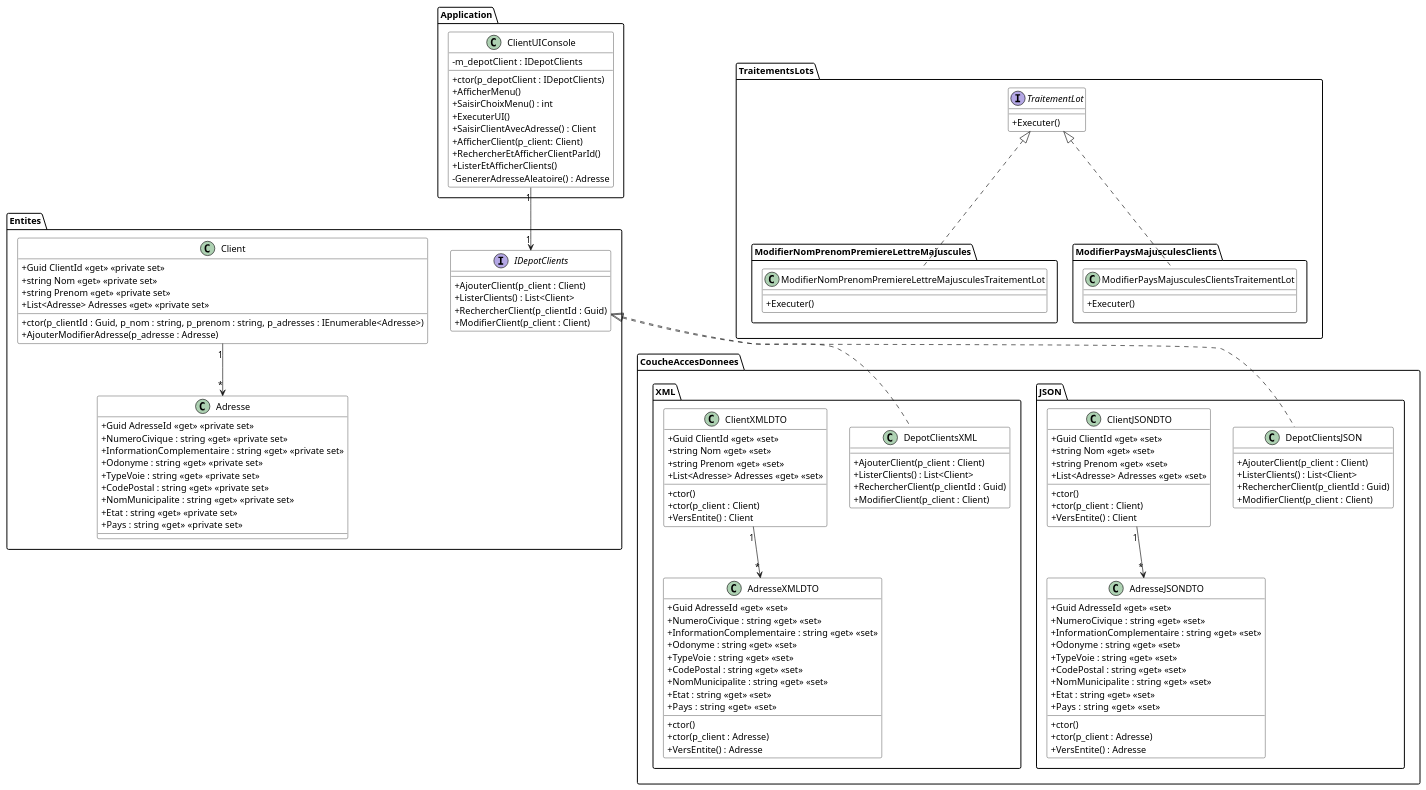
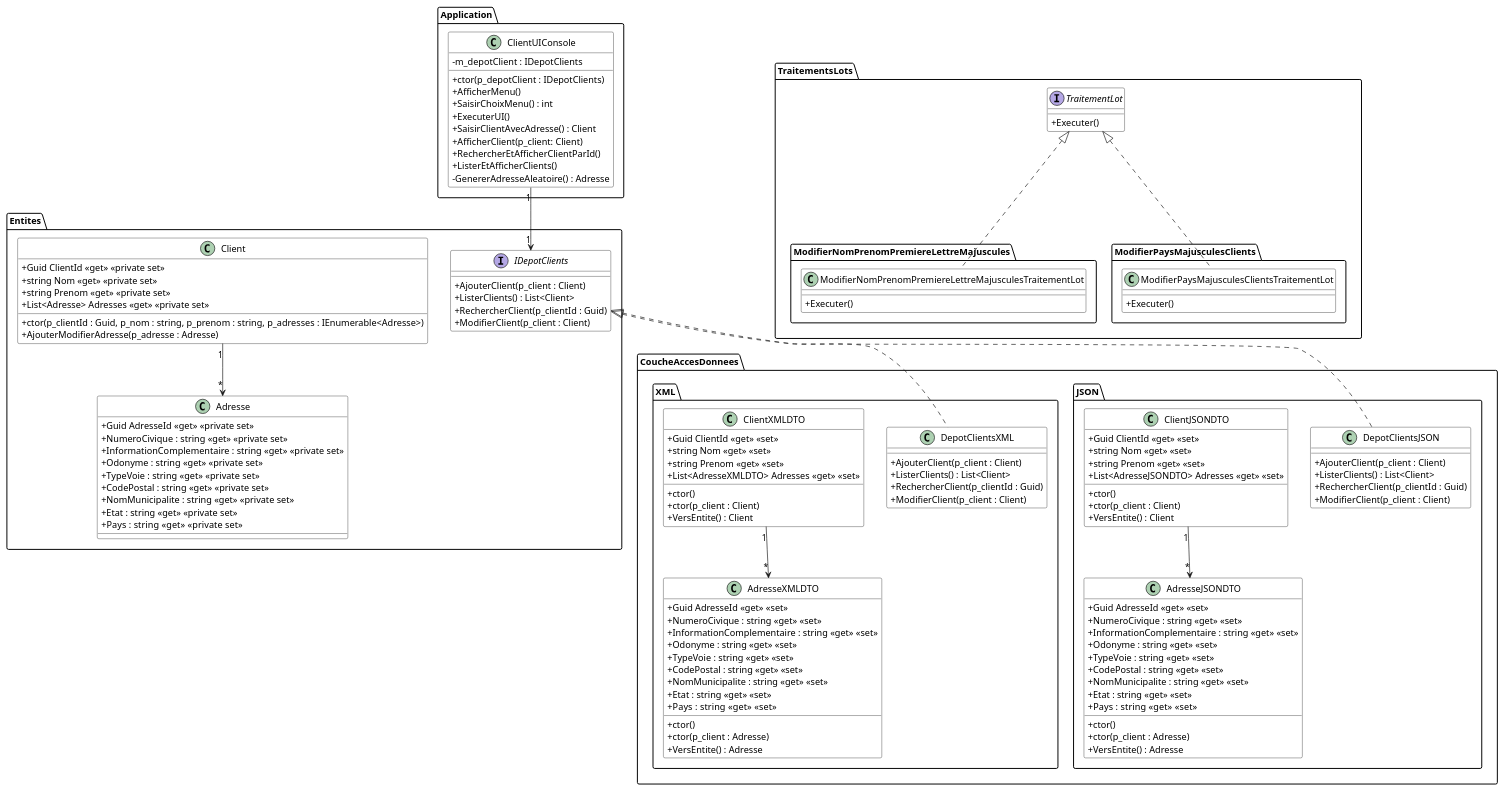
The diagram in Module06_Formats_Echanges/diag/src/DiagExerciceClients.wsd (PiFou86/420-W30-SF), drawn with PlantUML before and after one commit. The commit also changed 1 other file, not shown here.

Commit message:
Correction type adresse dans les DTOs

```diff
--- a/Module06_Formats_Echanges/diag/src/DiagExerciceClients.wsd
+++ b/Module06_Formats_Echanges/diag/src/DiagExerciceClients.wsd
@@ -1,163 +1,163 @@
 @startuml DiagClassesClients
 
 skinparam classAttributeIconSize 0
 skinparam class {
     BackgroundColor White
     BorderColor #000
 }
 
 
 package Entites {
     Client "1" --> "*" Adresse
 
     class Client {
         + ctor(p_clientId : Guid, p_nom : string, p_prenom : string, p_adresses : IEnumerable<Adresse>)
         + Guid ClientId <<get>> <<private set>>
         + string Nom <<get>> <<private set>>
         + string Prenom <<get>> <<private set>>
         + List<Adresse> Adresses <<get>> <<private set>>
         + AjouterModifierAdresse(p_adresse : Adresse)
     }
 
     class Adresse {
         + Guid AdresseId <<get>> <<private set>>
         + NumeroCivique : string <<get>> <<private set>>
         + InformationComplementaire : string <<get>> <<private set>>
         + Odonyme : string <<get>> <<private set>>
         + TypeVoie : string <<get>> <<private set>>
         + CodePostal : string <<get>> <<private set>>
         + NomMunicipalite : string <<get>> <<private set>>
         + Etat : string <<get>> <<private set>>
         + Pays : string  <<get>> <<private set>>
     }
 
     interface IDepotClients {
         + AjouterClient(p_client : Client)
         + ListerClients() : List<Client>
         + RechercherClient(p_clientId : Guid)
         + ModifierClient(p_client : Client)
     }
 }
 
 package CoucheAccesDonnees.JSON {
     IDepotClients <|.. DepotClientsJSON
     ClientJSONDTO "1" --> "*" AdresseJSONDTO
 
     class ClientJSONDTO {
         + Guid ClientId <<get>> <<set>>
         + string Nom <<get>> <<set>>
         + string Prenom <<get>> <<set>>
-        + List<Adresse> Adresses <<get>> <<set>>
+        + List<AdresseJSONDTO> Adresses <<get>> <<set>>
         + ctor()
         + ctor(p_client : Client)
         + VersEntite() : Client
     }
 
     class AdresseJSONDTO {
         + Guid AdresseId <<get>> <<set>>
         + NumeroCivique : string <<get>> <<set>>
         + InformationComplementaire : string <<get>> <<set>>
         + Odonyme : string <<get>> <<set>>
         + TypeVoie : string <<get>> <<set>>
         + CodePostal : string <<get>> <<set>>
         + NomMunicipalite : string <<get>> <<set>>
         + Etat : string <<get>> <<set>>
         + Pays : string  <<get>> <<set>>
         + ctor()
         + ctor(p_client : Adresse)
         + VersEntite() : Adresse
     }
 
     class DepotClientsJSON {
         + AjouterClient(p_client : Client)
         + ListerClients() : List<Client>
         + RechercherClient(p_clientId : Guid)
         + ModifierClient(p_client : Client)
     }
 }
 
 package CoucheAccesDonnees.XML {
     IDepotClients <|.. DepotClientsXML
     ClientXMLDTO "1" --> "*" AdresseXMLDTO
 
     class ClientXMLDTO {
         + Guid ClientId <<get>> <<set>>
         + string Nom <<get>> <<set>>
         + string Prenom <<get>> <<set>>
-        + List<Adresse> Adresses <<get>> <<set>>
+        + List<AdresseXMLDTO> Adresses <<get>> <<set>>
         + ctor()
         + ctor(p_client : Client)
         + VersEntite() : Client
     }
 
     class DepotClientsXML {
         + AjouterClient(p_client : Client)
         + ListerClients() : List<Client>
         + RechercherClient(p_clientId : Guid)
         + ModifierClient(p_client : Client)
     }
 
     class AdresseXMLDTO {
         + Guid AdresseId <<get>> <<set>>
         + NumeroCivique : string <<get>> <<set>>
         + InformationComplementaire : string <<get>> <<set>>
         + Odonyme : string <<get>> <<set>>
         + TypeVoie : string <<get>> <<set>>
         + CodePostal : string <<get>> <<set>>
         + NomMunicipalite : string <<get>> <<set>>
         + Etat : string <<get>> <<set>>
         + Pays : string  <<get>> <<set>>
         + ctor()
         + ctor(p_client : Adresse)
         + VersEntite() : Adresse
     }
 }
 
 package Application {
     ClientUIConsole "1" --> "1" IDepotClients
 
     class ClientUIConsole {
         - m_depotClient : IDepotClients
         + ctor(p_depotClient : IDepotClients)
         + AfficherMenu()
         + SaisirChoixMenu() : int
         + ExecuterUI()
         + SaisirClientAvecAdresse() : Client
         + AfficherClient(p_client: Client)
         + RechercherEtAfficherClientParId()
         + ListerEtAfficherClients()
         - GenererAdresseAleatoire() : Adresse
     }
 }
 
 package TraitementsLots {
     interface TraitementLot {
         + Executer()
     }
 }
 
 package TraitementsLots.ModifierNomPrenomPremiereLettreMajuscules {
     TraitementLot <|.. ModifierNomPrenomPremiereLettreMajusculesTraitementLot
 
     class ModifierNomPrenomPremiereLettreMajusculesTraitementLot {
         + Executer()
     }
 }
 
 package TraitementsLots.ModifierPaysMajusculesClients {
     TraitementLot <|.. ModifierPaysMajusculesClientsTraitementLot
 
     class ModifierPaysMajusculesClientsTraitementLot {
         + Executer()
     }
 }
 
 ' TraitementsLots <.. TraitementsLots.ModifierNomPrenomPremiereLettreMajuscules
 ' TraitementsLots <.. TraitementsLots.ModifierPaysMajusculesClients
 
 ' Entites <.. CoucheAccesDonnees.JSON
 ' Entites <.. CoucheAccesDonnees.XML
 ' Entites <.. Application
 ' Entites <.. TraitementsLots
 
 @enduml
```
